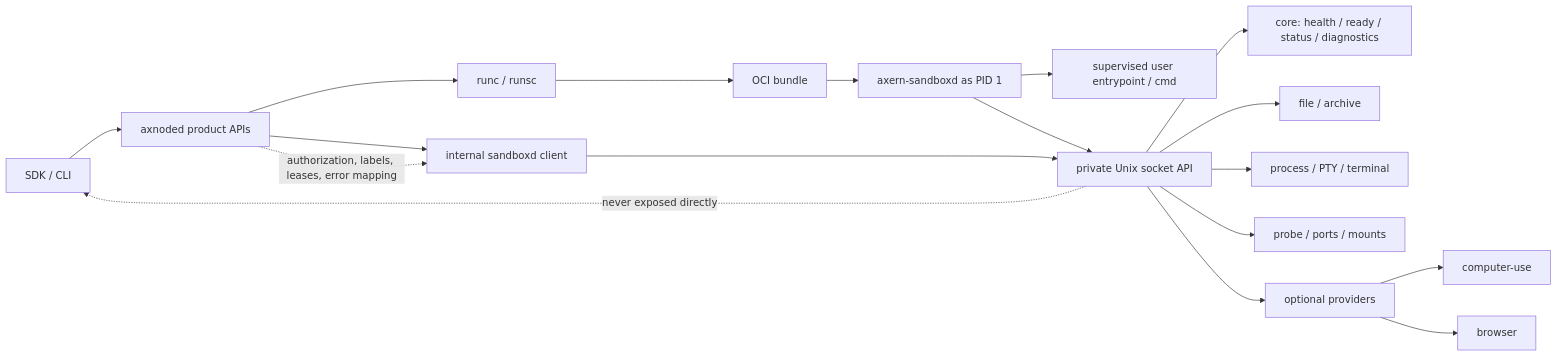
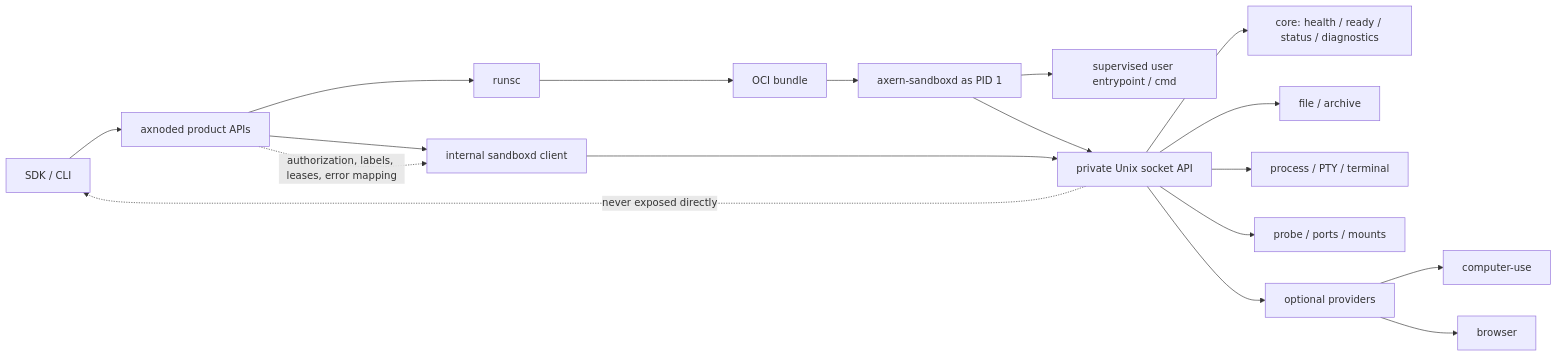
The diagram in runtime/axnoded/docs/sandbox-daemon.md (cofy-x/axern), drawn with Mermaid before and after one commit. The commit also changed other lines of this file and 192 other files, not shown here.

Commit message:
refactor(runtime): remove runc execution and capability debt

````diff
--- a/runtime/axnoded/docs/sandbox-daemon.md
+++ b/runtime/axnoded/docs/sandbox-daemon.md
@@ -32,27 +32,27 @@
 ```mermaid
 flowchart LR
   SDK["SDK / CLI"] --> AXNODED["axnoded product APIs"]
 
-  AXNODED --> RUNTIME["runc / runsc"]
+  AXNODED --> RUNTIME["runsc"]
   AXNODED --> CLIENT["internal sandboxd client"]
 
   RUNTIME --> OCI["OCI bundle"]
   OCI --> PID1["axern-sandboxd as PID 1"]
 
   PID1 --> USER["supervised user entrypoint / cmd"]
   PID1 --> API["private Unix socket API"]
 
   CLIENT --> API
 
   API --> CORE["core: health / ready / status / diagnostics"]
   API --> FILE["file / archive"]
   API --> PROC["process / PTY / terminal"]
   API --> PROBE["probe / ports / mounts"]
   API --> OPTIONAL["optional providers"]
 
   OPTIONAL --> CU["computer-use"]
   OPTIONAL --> BROWSER["browser"]
 
   AXNODED -. "authorization, labels, leases, error mapping" .-> CLIENT
   API -. "never exposed directly" .-> SDK
 ```
````
